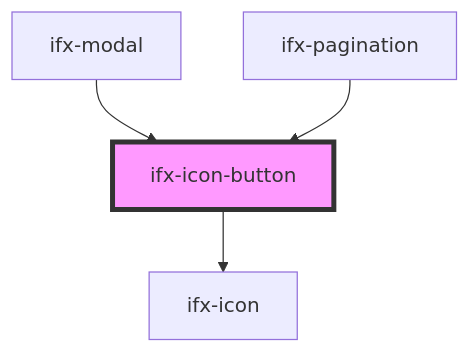
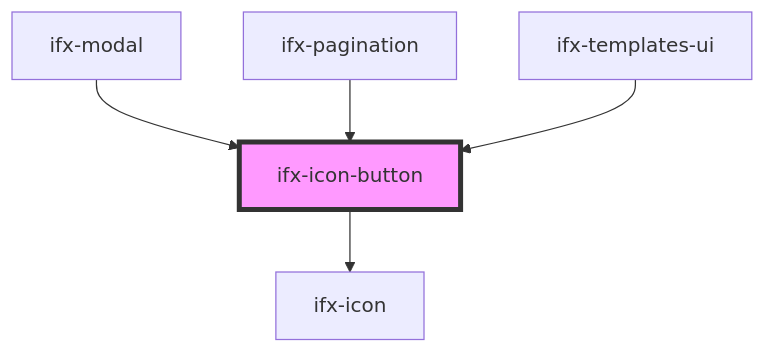
The diagram in packages/components/src/components/icon-button/readme.md (Infineon/infineon-design-system-stencil), drawn with Mermaid before and after one commit. The commit also changed other lines of this file and 9 other files, not shown here.

````diff
--- a/packages/components/src/components/icon-button/readme.md
+++ b/packages/components/src/components/icon-button/readme.md
@@ -46,7 +47,8 @@
 ```mermaid
 graph TD;
   ifx-icon-button --> ifx-icon
   ifx-modal --> ifx-icon-button
   ifx-pagination --> ifx-icon-button
+  ifx-templates-ui --> ifx-icon-button
   style ifx-icon-button fill:#f9f,stroke:#333,stroke-width:4px
 ```
````
